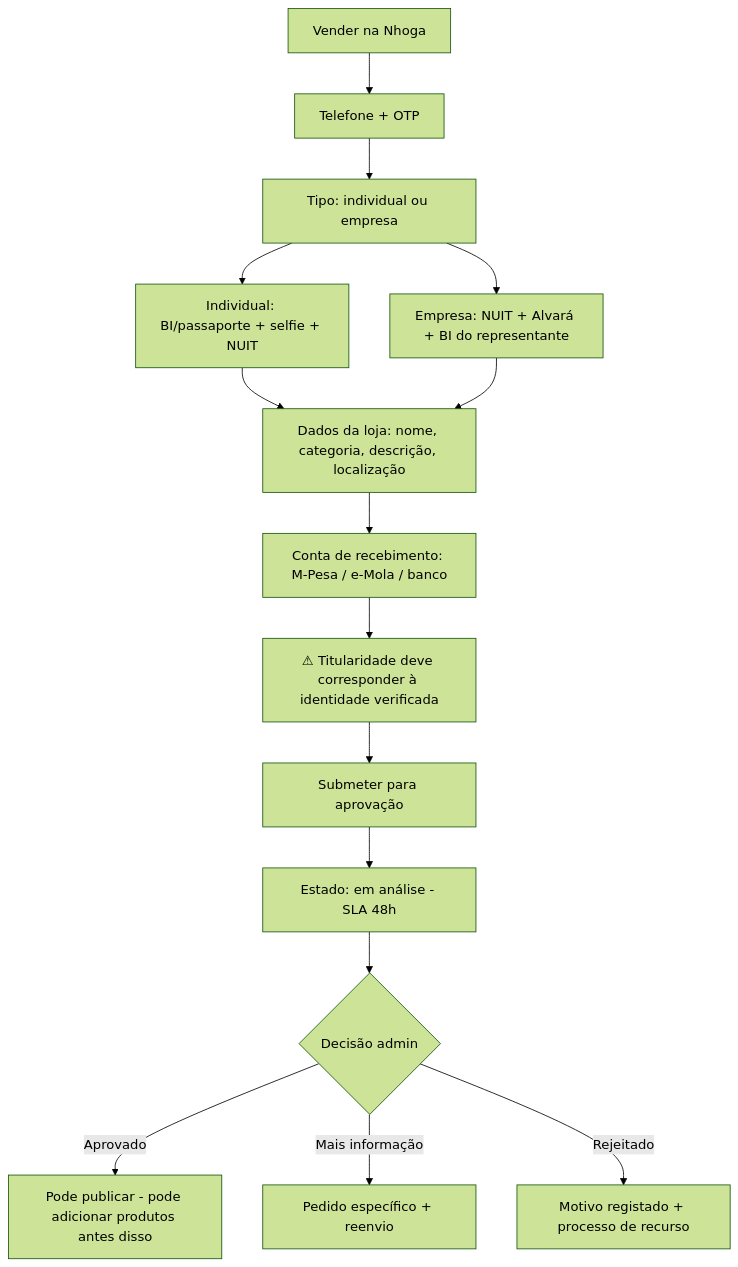
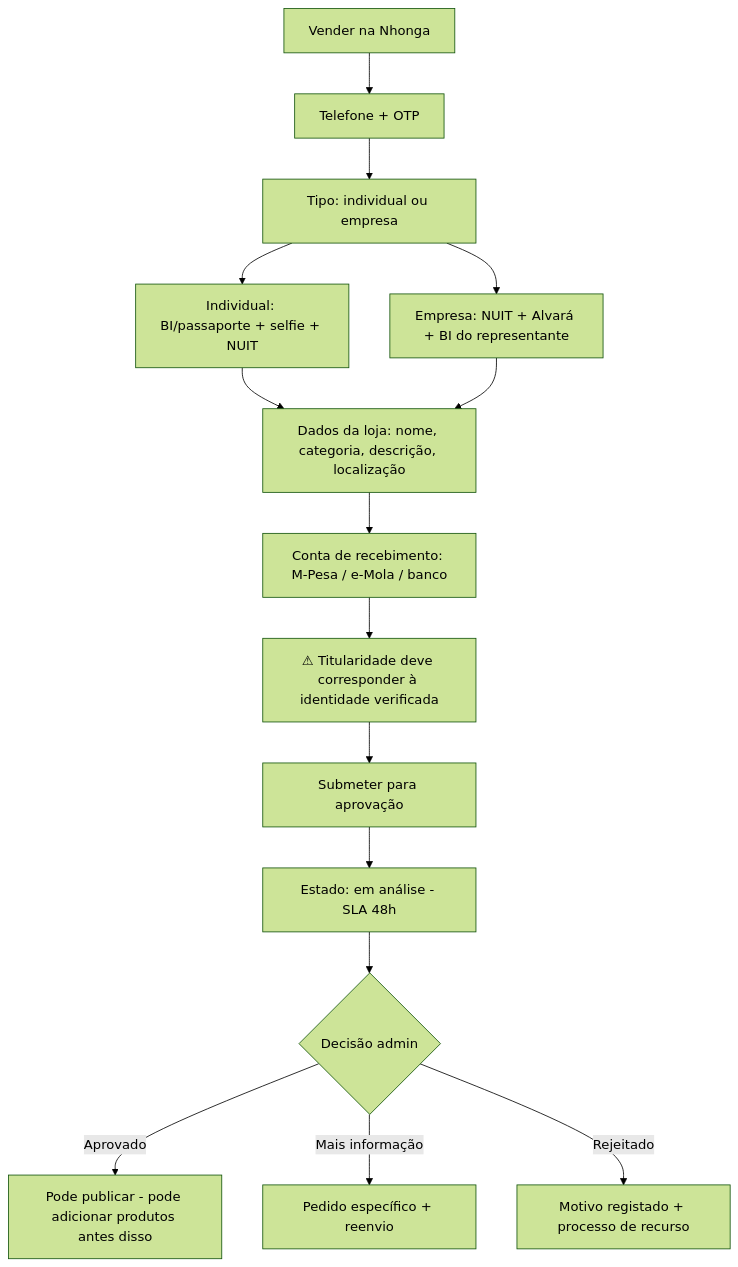
Before and after one commit to Teo-Ink/nhonga: the seventh of 12 diagrams in docs/phase-1-design/02-user-flows.md, drawn with Mermaid (forest theme). The commit also changed other lines of this file and 28 other files, not shown here.

````diff
--- a/docs/phase-1-design/02-user-flows.md
+++ b/docs/phase-1-design/02-user-flows.md
@@ -213,16 +213,16 @@
 ```mermaid
 flowchart TD
-    A[Vender na Nhoga] --> B[Telefone + OTP]
+    A[Vender na Nhonga] --> B[Telefone + OTP]
     B --> C[Tipo: individual ou empresa]
     C --> D1[Individual: BI/passaporte + selfie + NUIT]
     C --> D2[Empresa: NUIT + Alvará + BI do representante]
     D1 & D2 --> E[Dados da loja: nome, categoria, descrição, localização]
     E --> F[Conta de recebimento: M-Pesa / e-Mola / banco]
     F --> G["⚠ Titularidade deve corresponder à identidade verificada"]
     G --> H[Submeter para aprovação]
     H --> I[Estado: em análise - SLA 48h]
     I --> J{Decisão admin}
     J -->|Aprovado| K[Pode publicar - pode adicionar produtos antes disso]
     J -->|Mais informação| L[Pedido específico + reenvio]
     J -->|Rejeitado| M[Motivo registado + processo de recurso]
 ```
````
